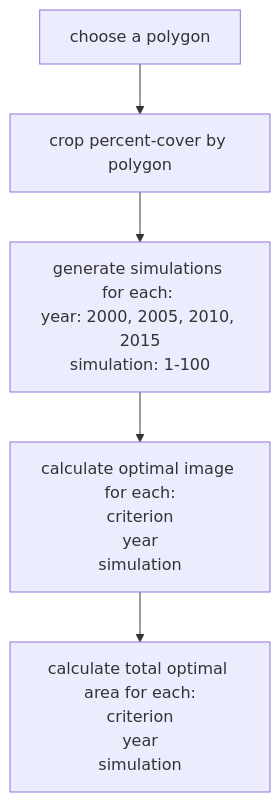
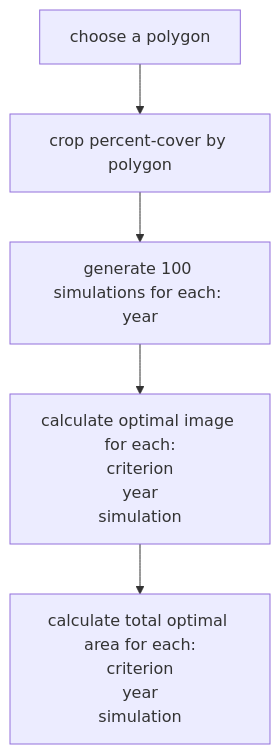
The diagram in report.qmd (UNM-Stakeholder-driven-Data-Analysis/ZuniMountainsSnow), drawn with Mermaid before and after one commit. The commit also changed other lines of this file and 2 other files, not shown here.

````diff
--- a/report.qmd
+++ b/report.qmd
@@ -89,7 +94,7 @@
 ```{mermaid}
 flowchart TD
   X[choose a polygon] --> A[crop percent-cover by polygon]
-  A --> B[generate simulations for each: \nyear: 2000, 2005, 2010, 2015\nsimulation: 1-100]
+  A --> B[generate 100 simulations for each: \nyear]
   B --> C[calculate optimal image for each:\ncriterion\nyear\nsimulation]
   C --> D[calculate total optimal area for each:\ncriterion\nyear\nsimulation]
 ```
````
